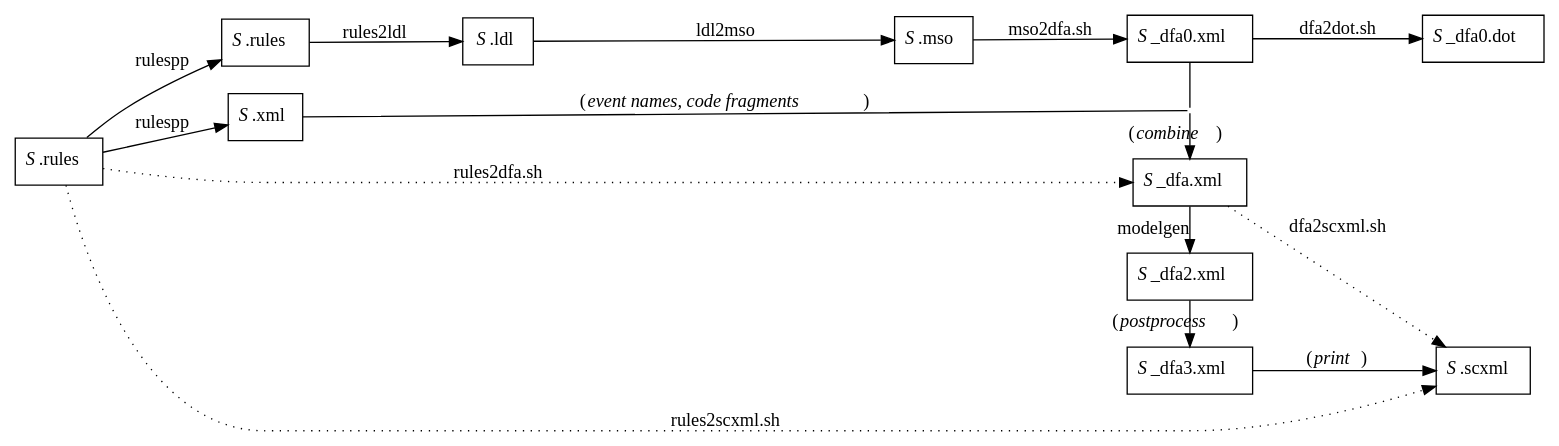
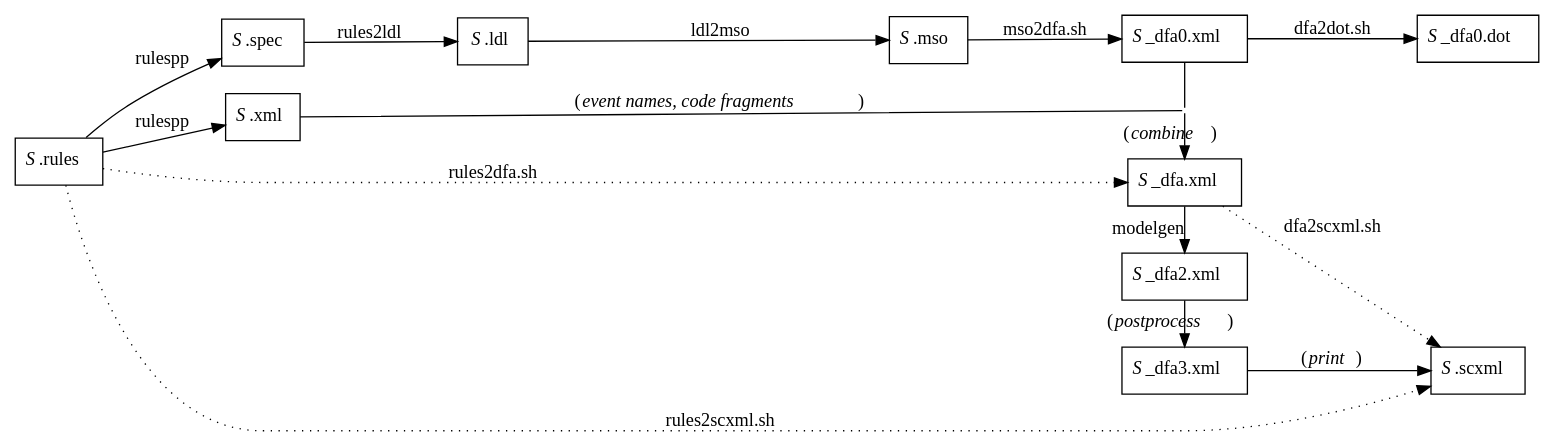
The diagram in tools/rules2scxml/docs/images/flow.dot (ldltools/dsl4sc), drawn with Graphviz before and after one commit. The commit also changed 17 other files, not shown here.

```diff
--- a/tools/rules2scxml/docs/images/flow.dot
+++ b/tools/rules2scxml/docs/images/flow.dot
@@ -1,64 +1,64 @@
 // $Id: flow.dot,v 1.1 2019/07/06 23:15:18 sato Exp sato $
 
 digraph flow {
   rankdir=LR
   node				[shape=box]
 
 // --------------------------------------------------------------------------------
 // file nodes
 // --------------------------------------------------------------------------------
   rules				[label=<<I>S</I>.rules>]
 
   {rank=same
-   spec				[label=<<I>S</I>.rules>]
+   spec				[label=<<I>S</I>.spec>]
    rules_xml			[label=<<I>S</I>.xml>]
   }
 
   ldl				[label=<<I>S</I>.ldl>]
 
   {rank=same
    mso				[label=<<I>S</I>.mso>]
   }
 
   {rank=same
    rankdir=TB
    dfa				[label=<<I>S</I>_dfa0.xml>]
    dummy1			[label="", shape=point, color=white]
    dfa2				[label=<<I>S</I>_dfa.xml>]
    dfa3				[label=<<I>S</I>_dfa2.xml>]
    dfa4				[label=<<I>S</I>_dfa3.xml>]
   }
 
   {rank=same
    dfadot			[label=<<I>S</I>_dfa0.dot>]
    scxml			[label=<<I>S</I>.scxml>]
   }
 
 // --------------------------------------------------------------------------------
 // flow
 // --------------------------------------------------------------------------------
 
 // rules
   rules -> spec			[label=rulespp]
   rules -> rules_xml		[label=rulespp]
 
   spec -> ldl			[label=rules2ldl]
   ldl -> mso			[label=ldl2mso]
   mso -> dfa			[label="mso2dfa.sh"]
   dfa -> dummy1			[arrowhead=none]
   dummy1 -> dfa2		[label=<(<I>combine</I>)>]
   dfa2 -> dfa3			[label="modelgen          ", labelfloat=true]
   dfa3 -> dfa4			[label=<(<I>postprocess</I>)>]
   dfa4 -> scxml			[label=<(<I>print</I>)>]
 
   rules_xml -> dummy1		[label=<(<I>event names, code fragments</I>)>, arrowhead=none]
 
 //
   dfa -> dfadot			[label="dfa2dot.sh"]
 
 //
   rules -> scxml		[label="rules2scxml.sh", style=dotted]
   rules -> dfa2			[label="rules2dfa.sh", style=dotted]
   dfa2 -> scxml			[label="dfa2scxml.sh", style=dotted]
 
 }
```
